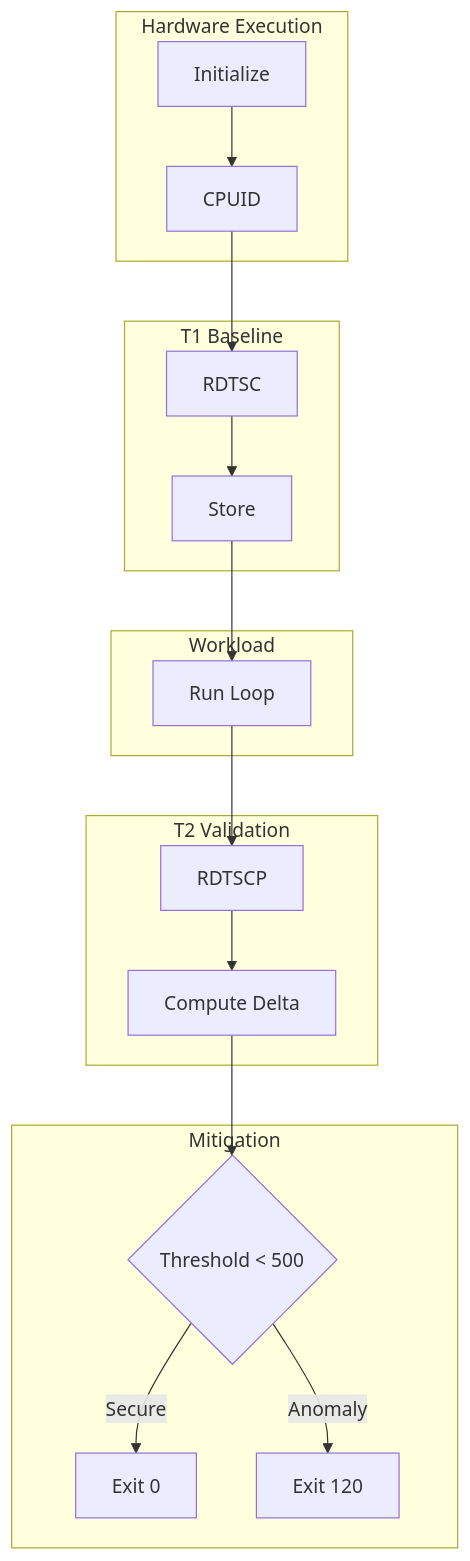
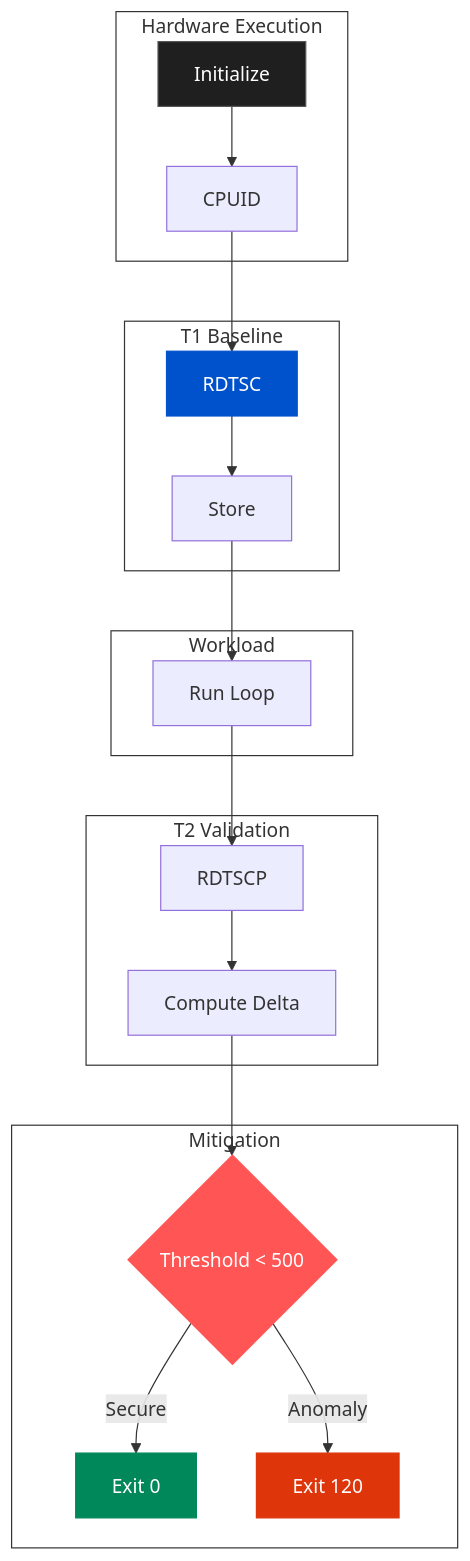
The diagram in README.md (boutaba-motezeballah/Boutaba-Kernel-Jitter-Clock-Verifier), drawn with Mermaid before and after one commit.

````diff
--- a/README.md
+++ b/README.md
@@ -13,22 +13,35 @@
 ```mermaid
 graph TD
     subgraph Layer0 [Hardware Execution]
         Init[Initialize] --> Barrier1[CPUID]
     end
     subgraph Layer1 [T1 Baseline]
         Barrier1 --> T1_Fetch[RDTSC]
         T1_Fetch --> T1_Store[Store]
     end
     subgraph Layer2 [Workload]
         T1_Store --> Loop[Run Loop]
     end
     subgraph Layer3 [T2 Validation]
         Loop --> Barrier2[RDTSCP]
         Barrier2 --> Delta[Compute Delta]
     end
     subgraph Layer4 [Mitigation]
         Delta --> Gate{Threshold < 500}
         Gate -->|Secure| Exit_Clean[Exit 0]
         Gate -->|Anomaly| Exit_Mitigate[Exit 120]
     end
+
+    %% إزالة الخلفية الرمادية وتثبيت الألوان
+    style Layer0 fill:none,stroke:#333
+    style Layer1 fill:none,stroke:#333
+    style Layer2 fill:none,stroke:#333
+    style Layer3 fill:none,stroke:#333
+    style Layer4 fill:none,stroke:#333
+
+    style Init fill:#1f1f1f,stroke:#555,color:#fff
+    style T1_Fetch fill:#0052cc,stroke:#0052cc,color:#fff
+    style Gate fill:#ff5555,stroke:#ff5555,color:#fff
+    style Exit_Clean fill:#00875a,stroke:#00875a,color:#fff
+    style Exit_Mitigate fill:#de350b,stroke:#de350b,color:#fff
 ```
````
